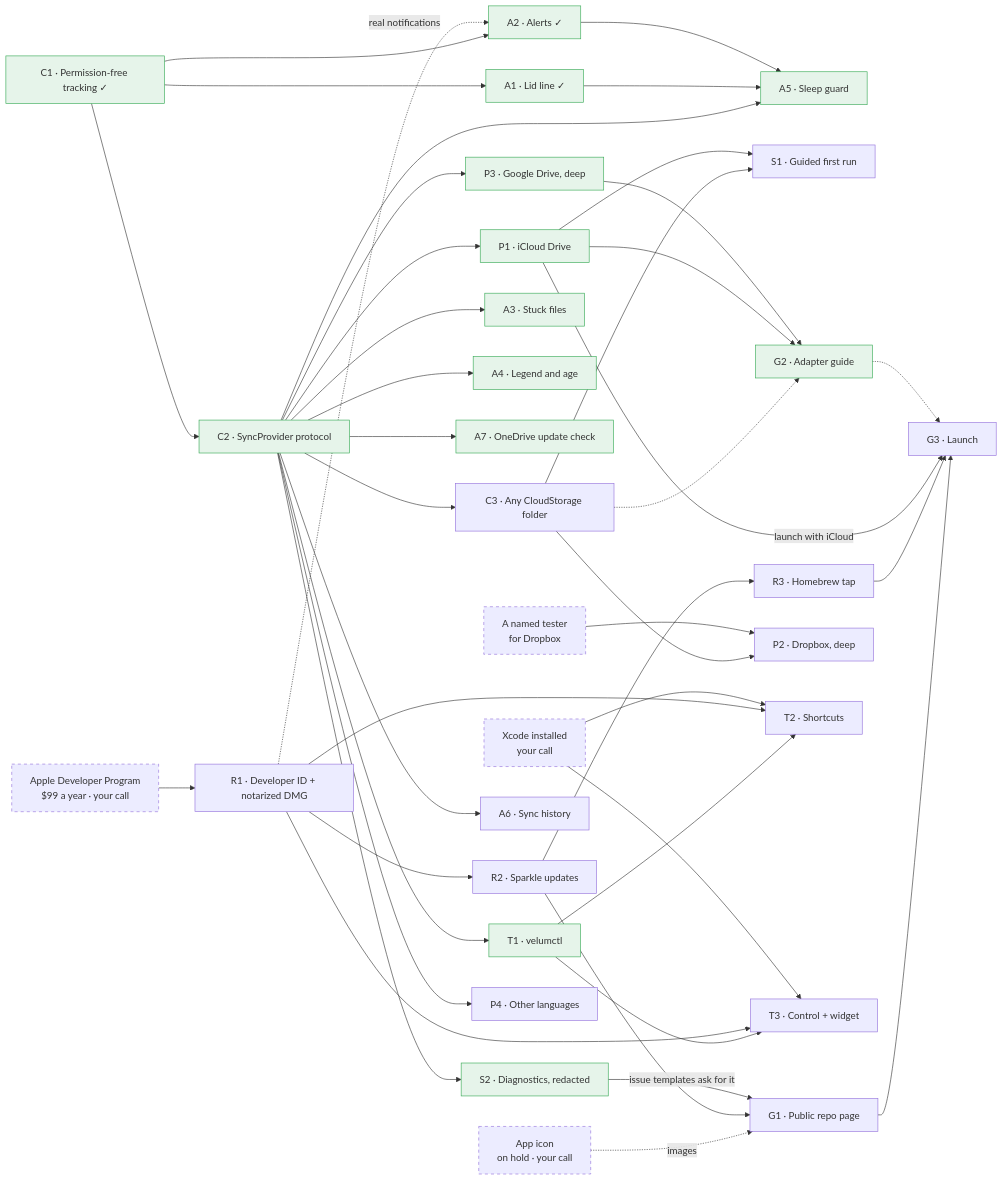
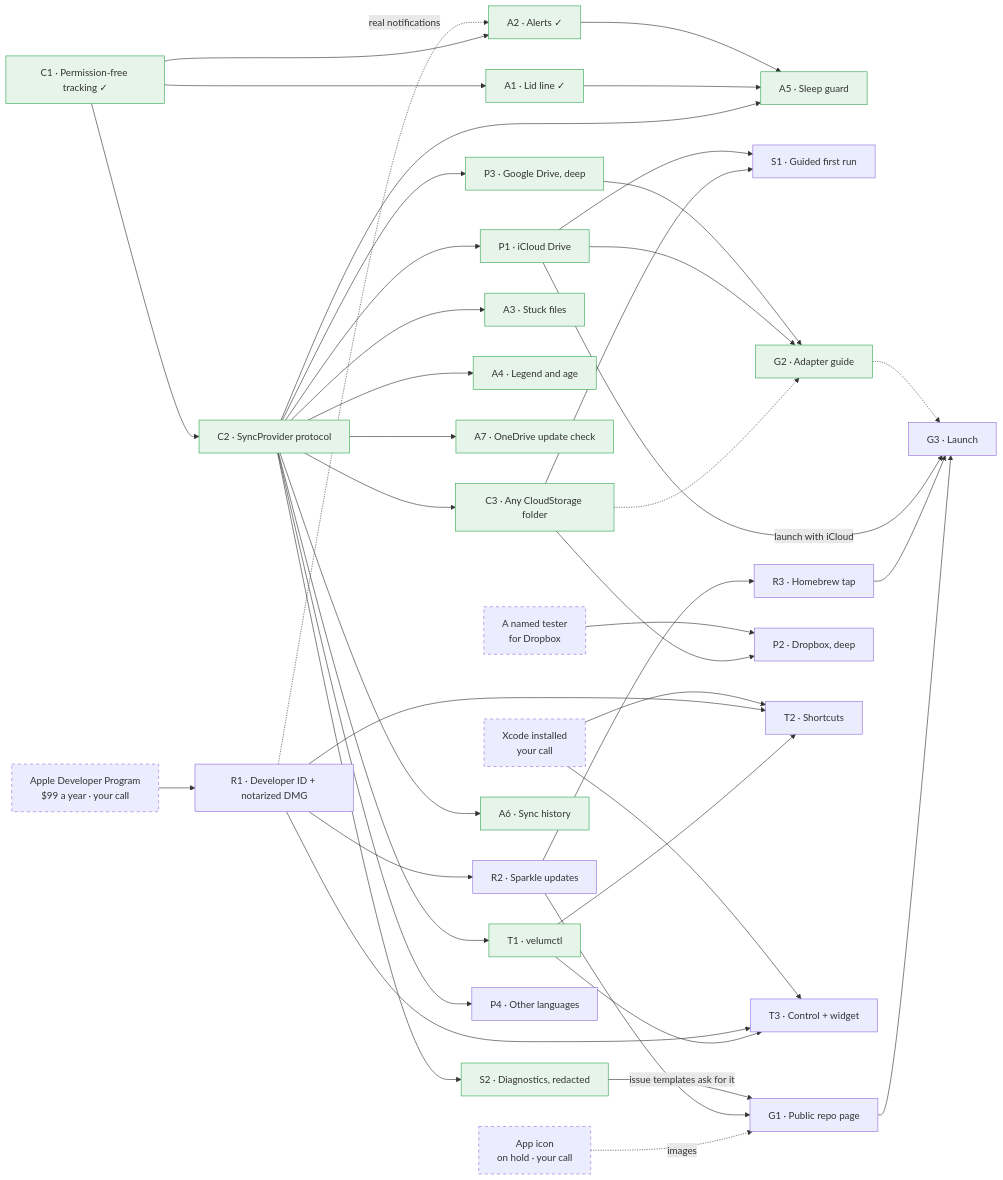
The diagram in docs/plans/roadmap/README.md (nafatyuk/velum), drawn with Mermaid before and after one commit. The commit also changed other lines of this file, not shown here.

Commit message:
Roadmap: A6 and C3 merged

````diff
--- a/docs/plans/roadmap/README.md
+++ b/docs/plans/roadmap/README.md
@@ -231,6 +231,6 @@
 
   classDef done fill:#e6f4ea,stroke:#34a853
   classDef gate stroke-dasharray: 5 5
-  class C1,A1,A2,C2,P1,P3,A3,A4,A7,G2,T1,A5,S2 done
+  class C1,A1,A2,C2,P1,P3,A3,A4,A7,G2,T1,A5,S2,A6,C3 done
   class ICON,ENROL,TESTER,XCODE gate
 ```
````
